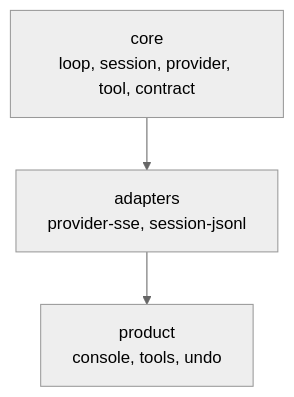
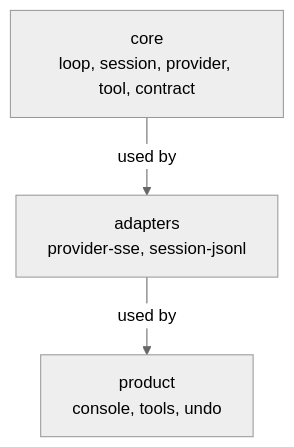
The first of 3 diagrams in docs/architecture.md (OverbearingPearl/pearl), drawn with Mermaid (neutral theme) before and after one commit. The commit also changed other lines of this file and 2 other files, not shown here.

````diff
--- a/docs/architecture.md
+++ b/docs/architecture.md
@@ -44,7 +44,7 @@
 ```mermaid
 flowchart TB
   core["core<br/>loop, session, provider, tool, contract"]
   adapters["adapters<br/>provider-sse, session-jsonl"]
   product["product<br/>console, tools, undo"]
-  core --> adapters --> product
+  core -->|used by| adapters -->|used by| product
 ```
````
